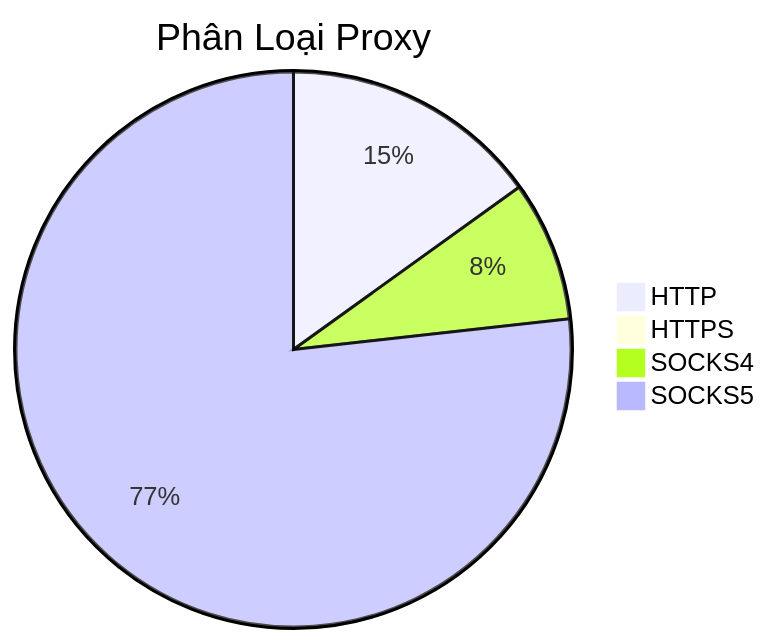
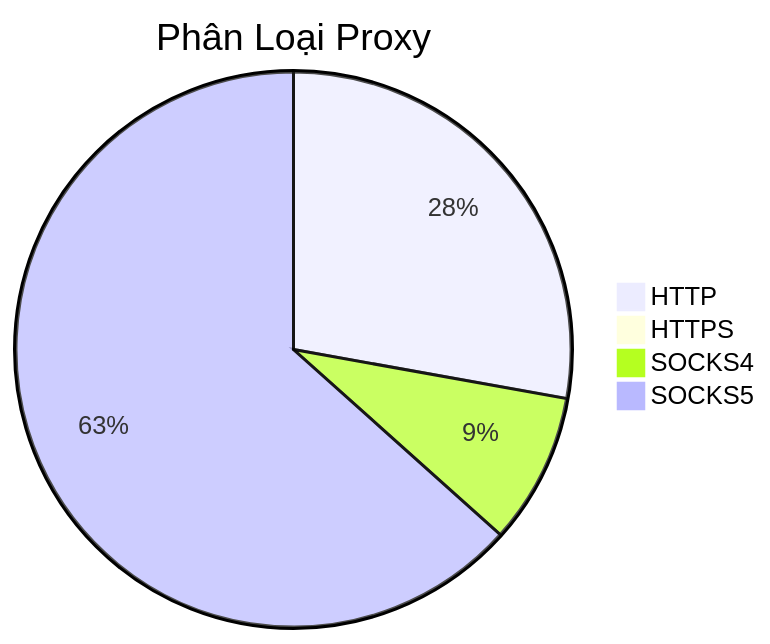
Before and after one commit to Ciara-Aa/PROXY-free: the diagram in README.md, drawn with Mermaid. The commit also changed other lines of this file and 4 other files, not shown here.

````diff
--- a/README.md
+++ b/README.md
@@ -26,7 +26,7 @@
 ```mermaid
 pie title Phân Loại Proxy
-    "HTTP" : 635
-    "HTTPS" : 2
-    "SOCKS4" : 344
-    "SOCKS5" : 3234
+    "HTTP" : 1111
+    "HTTPS" : 5
+    "SOCKS4" : 351
+    "SOCKS5" : 2530
 ```
````
